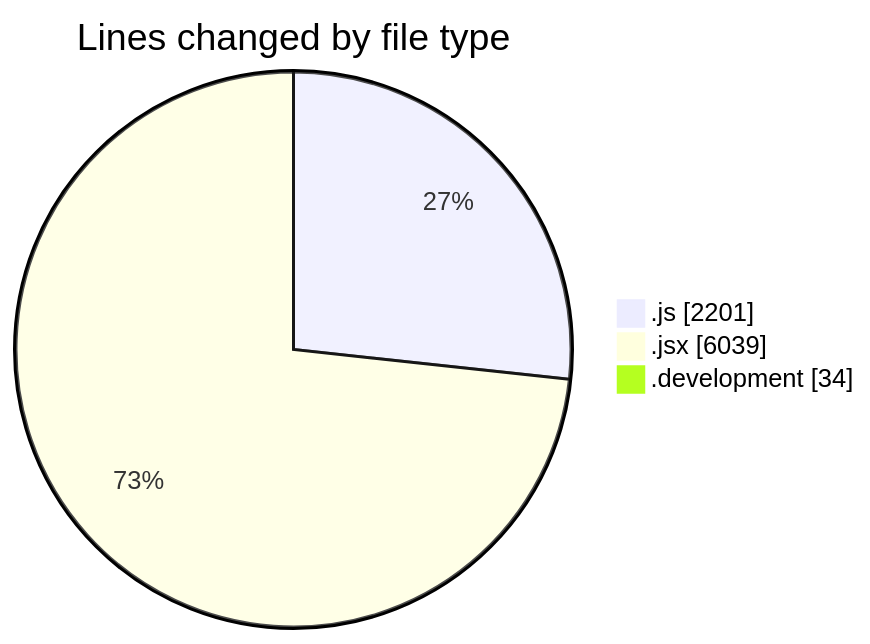
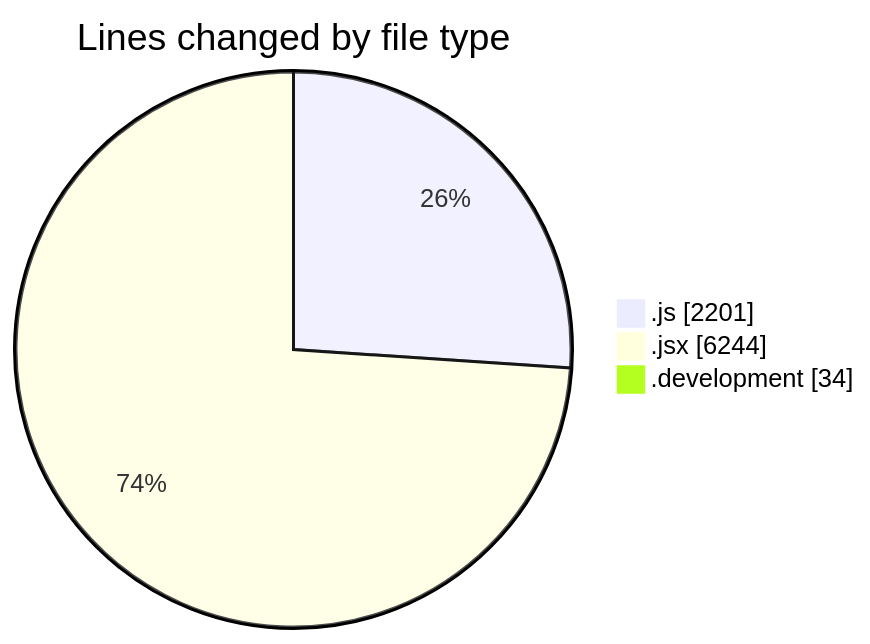
The first of 2 diagrams in 2025-09-18/nxtqube_webapp/README.md (nxtqubesakshisongat/code-tracking), drawn with Mermaid before and after one commit. The commit also changed other lines of this file and 1 other file, not shown here.

````diff
--- a/2025-09-18/nxtqube_webapp/README.md
+++ b/2025-09-18/nxtqube_webapp/README.md
@@ -38,7 +38,7 @@
 ```mermaid
 pie showData
 title Lines changed by file type
 ".js" : 2201
-".jsx" : 6039
+".jsx" : 6244
 ".development" : 34
 ```
````
